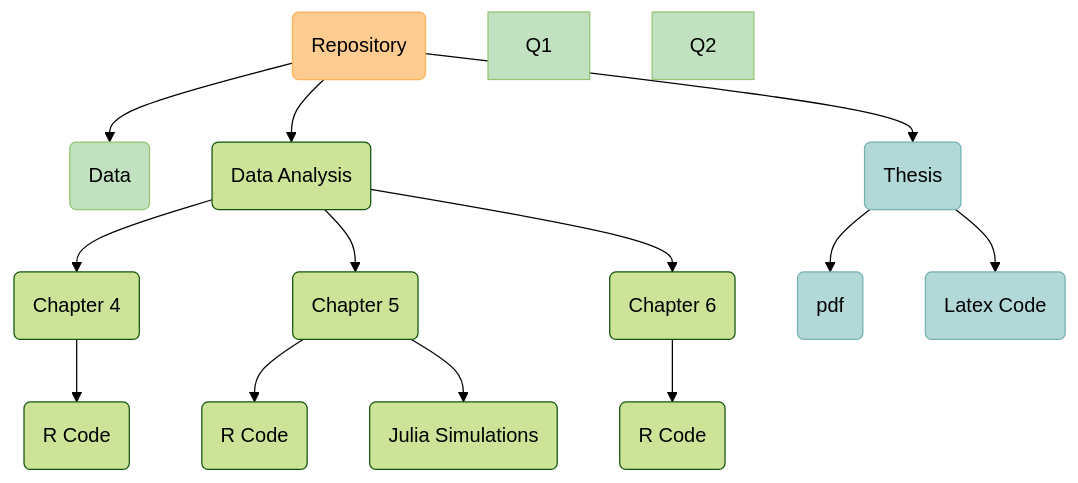
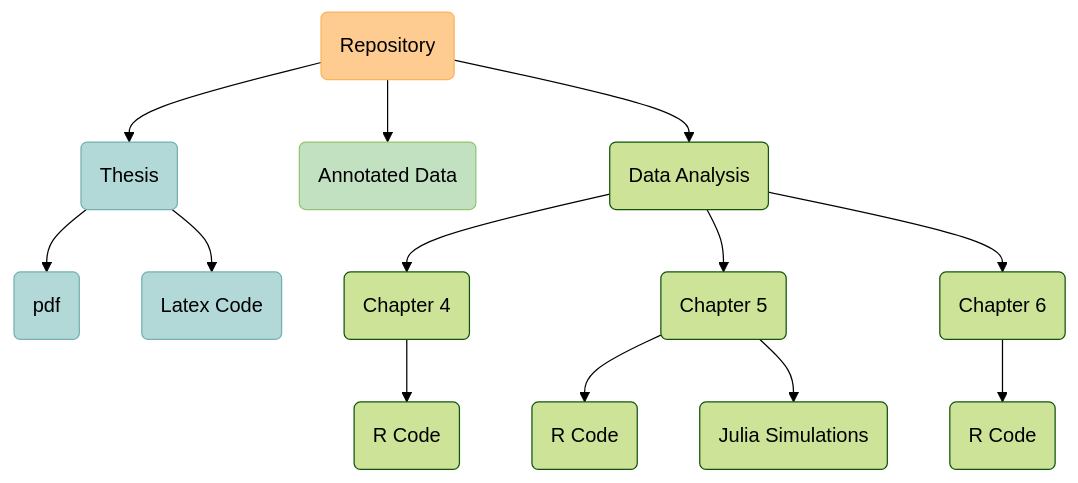
Before and after one commit to Raquel-Montero/PhDThesis: the diagram in README.md, drawn with Mermaid (forest theme).

````diff
--- a/README.md
+++ b/README.md
@@ -11,23 +11,22 @@
 ```mermaid
 graph TD;
-    A(Repository) --> Q(Data);
+    A(Repository) --> B(Thesis);
+    B(Thesis) --> B1(pdf);
+    A(Repository) --> Q(Annotated Data);
+    B(Thesis) --> B2(Latex Code);
     A(Repository)--> C(Data Analysis);
     C(Data Analysis) --> D(Chapter 4);
     D(Chapter 4) --> D1(R Code);
     C(Data Analysis) --> E(Chapter 5);
     E(Chapter 5) --> E1(R Code);
     E(Chapter 5) --> E2(Julia Simulations);
     C(Data Analysis) --> F(Chapter 6);
     F(Chapter 6) --> F1(R Code);
-    A(Repository) --> B(Thesis);
-    B(Thesis) --> B1(pdf);
-    B(Thesis) --> B2(Latex Code);
+  
 
 style A fill:#fecc91, stroke:#fdb35a
 style Q fill:#C1E1C1, stroke:#93C572
-style Q1 fill:#C1E1C1, stroke:#93C572
-style Q2 fill:#C1E1C1, stroke:#93C572
 style B fill:#b2d8d8, stroke:#75b0b2
 style B1 fill:#b2d8d8, stroke:#75b0b2
 style B2 fill:#b2d8d8, stroke:#75b0b2
 ```
````
